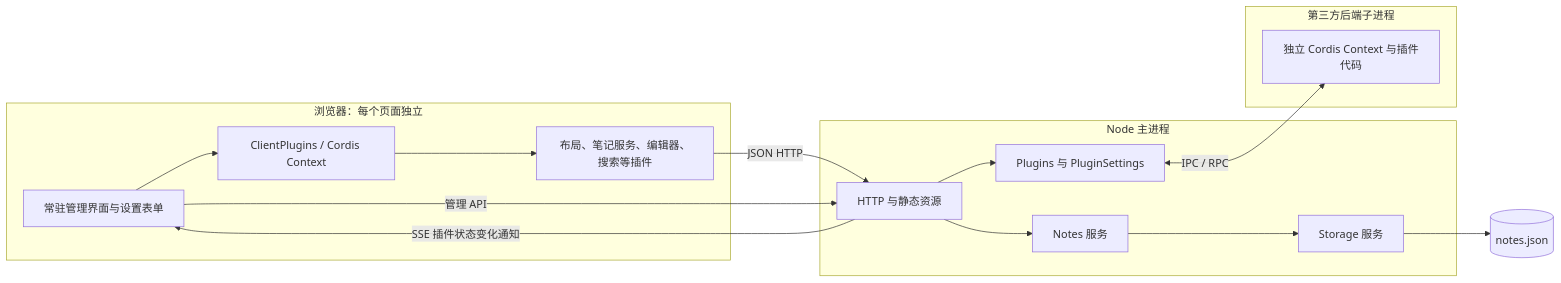
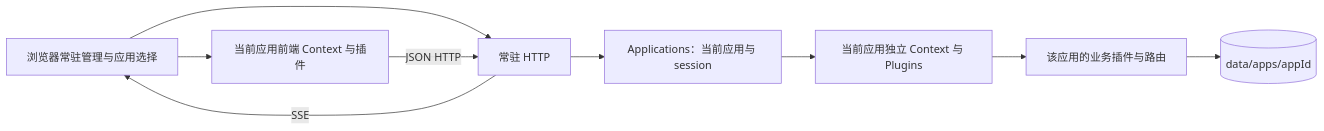
One commit to Asuta/cordis-notebook changed the first of 2 diagrams in docs/项目接手与维护指南.md. Above: the diagram before and after it, drawn with Mermaid. The commit also changed other lines of this file and 230 other files, not shown here.

````diff
--- a/docs/项目接手与维护指南.md
+++ b/docs/项目接手与维护指南.md
@@ -172,27 +171,11 @@
 ```mermaid
 flowchart LR
-  subgraph Browser[浏览器：每个页面独立]
-    UI[常驻管理界面与设置表单]
-    Client[ClientPlugins / Cordis Context]
-    Features[布局、笔记服务、编辑器、搜索等插件]
-    UI --> Client
-    Client --> Features
-  end
-  subgraph Server[Node 主进程]
-    HTTP[HTTP 与静态资源]
-    Manager[Plugins 与 PluginSettings]
-    Notes[Notes 服务]
-    Storage[Storage 服务]
-    HTTP --> Manager
-    HTTP --> Notes
-    Notes --> Storage
-  end
-  subgraph Worker[第三方后端子进程]
-    External[独立 Cordis Context 与插件代码]
-  end
-  Features -->|JSON HTTP| HTTP
-  UI -->|管理 API| HTTP
-  HTTP -->|SSE 插件状态变化通知| UI
-  Manager <-->|IPC / RPC| External
-  Storage --> Disk[(notes.json)]
+  UI[浏览器常驻管理与应用选择] --> HTTP[常驻 HTTP]
+  HTTP --> Apps[Applications：当前应用与 session]
+  Apps --> Runtime[当前应用独立 Context 与 Plugins]
+  Runtime --> Business[该应用的业务插件与路由]
+  Business --> Disk[(data/apps/appId)]
+  UI --> Client[当前应用前端 Context 与插件]
+  Client -->|JSON HTTP| HTTP
+  HTTP -->|SSE| UI
 ```
````
